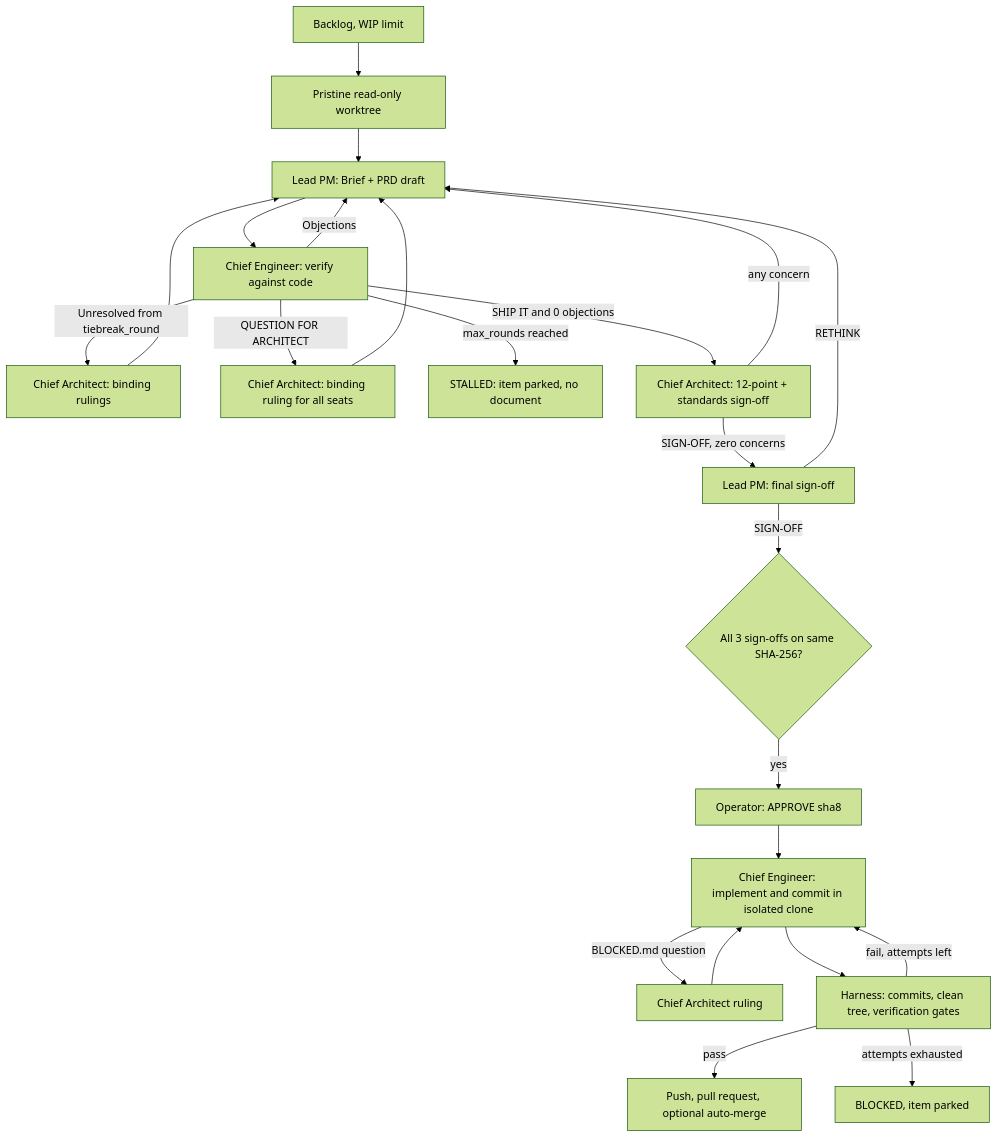
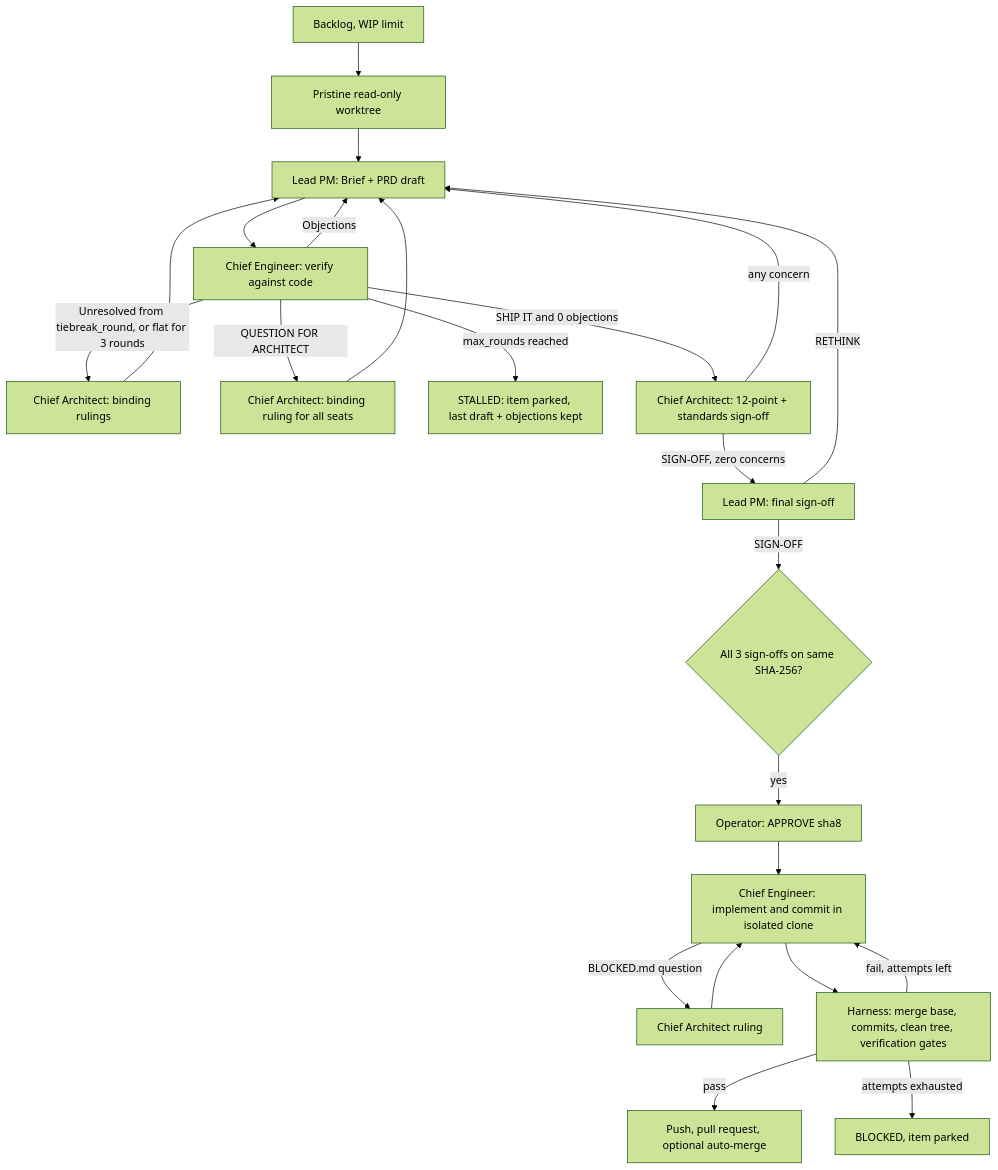
The diagram in README.md (goshtasb/OpenCouncil), drawn with Mermaid (forest theme) before and after one commit. The commit also changed other lines of this file and 5 other files, not shown here.

````diff
--- a/README.md
+++ b/README.md
@@ -199,24 +246,24 @@
 ```mermaid
 flowchart TD
     Backlog[Backlog, WIP limit] --> Open[Pristine read-only worktree]
     Open --> PM[Lead PM: Brief + PRD draft]
     PM --> Eng[Chief Engineer: verify against code]
     Eng -->|Objections| PM
-    Eng -->|Unresolved from tiebreak_round| Tiebreak[Chief Architect: binding rulings]
+    Eng -->|Unresolved from tiebreak_round, or flat for 3 rounds| Tiebreak[Chief Architect: binding rulings]
     Tiebreak --> PM
     Eng -->|QUESTION FOR ARCHITECT| Rule[Chief Architect: binding ruling for all seats]
     Rule --> PM
-    Eng -->|max_rounds reached| Stall[STALLED: item parked, no document]
+    Eng -->|max_rounds reached| Stall[STALLED: item parked, last draft + objections kept]
     Eng -->|SHIP IT and 0 objections| Arch[Chief Architect: 12-point + standards sign-off]
     Arch -->|any concern| PM
     Arch -->|SIGN-OFF, zero concerns| Lead[Lead PM: final sign-off]
     Lead -->|RETHINK| PM
     Lead -->|SIGN-OFF| Gate{All 3 sign-offs on same SHA-256?}
     Gate -->|yes| Operator[Operator: APPROVE sha8]
     Operator --> Exec[Chief Engineer: implement and commit in isolated clone]
     Exec -->|BLOCKED.md question| Rule2[Chief Architect ruling] --> Exec
-    Exec --> Verify[Harness: commits, clean tree, verification gates]
+    Exec --> Verify[Harness: merge base, commits, clean tree, verification gates]
     Verify -->|fail, attempts left| Exec
     Verify -->|pass| PR[Push, pull request, optional auto-merge]
     Verify -->|attempts exhausted| Blocked[BLOCKED, item parked]
 ```
````
